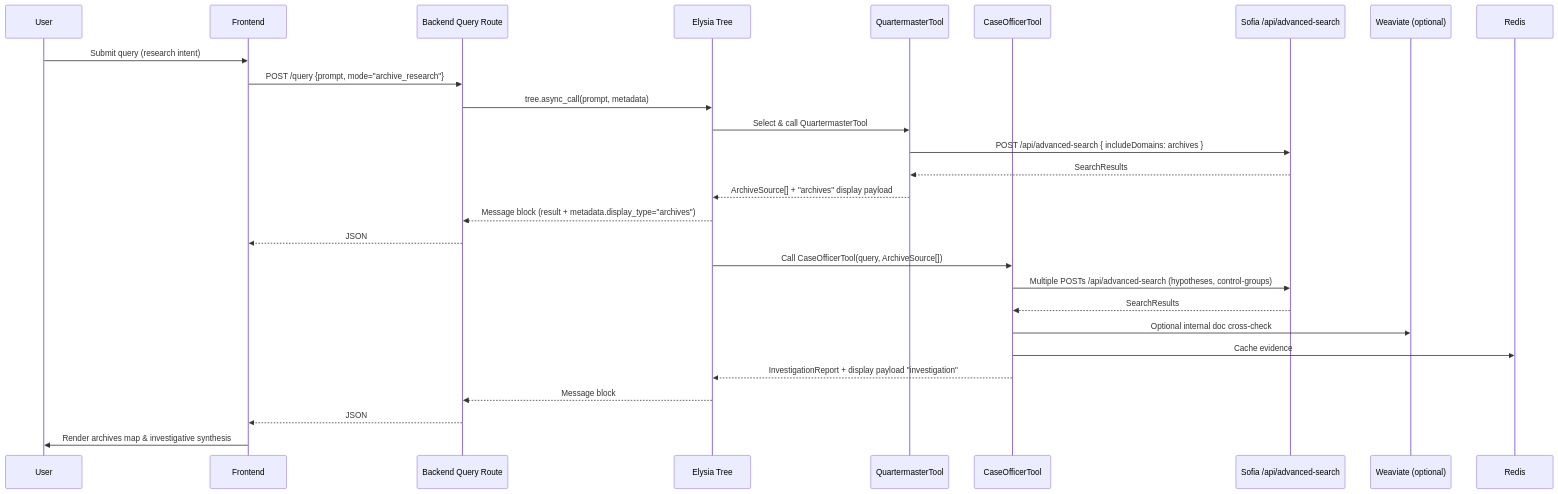
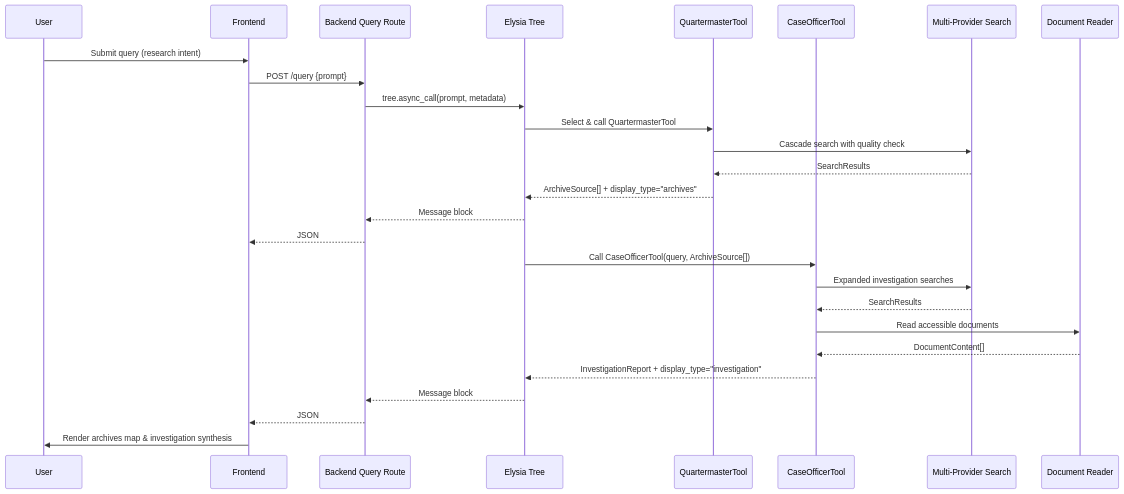
The second of 2 diagrams in .github/github_ISSUE_Quartermaster_CaseOfficer.md (vericle/intellyweave), drawn with Mermaid before and after one commit. The commit also changed other lines of this file and 1 other file, not shown here.

Commit message:
Refactor archive domains configuration: expand to include Russian, Ukrainian, Austrian, Brazilian, Italian, and US archives; update access levels, digitization statuses, and access instructions for various domains; enhance query expansion patterns for multilingual support.

````diff
--- a/.github/github_ISSUE_Quartermaster_CaseOfficer.md
+++ b/.github/github_ISSUE_Quartermaster_CaseOfficer.md
@@ -125,33 +59,32 @@
 ```mermaid
 sequenceDiagram
     participant U as User
     participant FE as Frontend
     participant API as Backend Query Route
     participant Tree as Elysia Tree
     participant QM as QuartermasterTool
     participant CO as CaseOfficerTool
-    participant Sofia as Sofia /api/advanced-search
-    participant WVT as Weaviate (optional)
-    participant R as Redis
+    participant Search as Multi-Provider Search
+    participant Reader as Document Reader
 
     U->>FE: Submit query (research intent)
-    FE->>API: POST /query {prompt, mode="archive_research"}
+    FE->>API: POST /query {prompt}
     API->>Tree: tree.async_call(prompt, metadata)
 
     Tree->>QM: Select & call QuartermasterTool
-    QM->>Sofia: POST /api/advanced-search { includeDomains: archives }
-    Sofia-->>QM: SearchResults
-    QM-->>Tree: ArchiveSource[] + "archives" display payload
-    Tree-->>API: Message block (result + metadata.display_type="archives")
+    QM->>Search: Cascade search with quality check
+    Search-->>QM: SearchResults
+    QM-->>Tree: ArchiveSource[] + display_type="archives"
+    Tree-->>API: Message block
     API-->>FE: JSON
 
     Tree->>CO: Call CaseOfficerTool(query, ArchiveSource[])
-    CO->>Sofia: Multiple POSTs /api/advanced-search (hypotheses, control-groups)
-    Sofia-->>CO: SearchResults
-    CO->>WVT: Optional internal doc cross-check
-    CO->>R: Cache evidence
-    CO-->>Tree: InvestigationReport + display payload "investigation"
+    CO->>Search: Expanded investigation searches
+    Search-->>CO: SearchResults
+    CO->>Reader: Read accessible documents
+    Reader-->>CO: DocumentContent[]
+    CO-->>Tree: InvestigationReport + display_type="investigation"
     Tree-->>API: Message block
     API-->>FE: JSON
-    FE->>U: Render archives map & investigative synthesis
+    FE->>U: Render archives map & investigation synthesis
 ```
````
